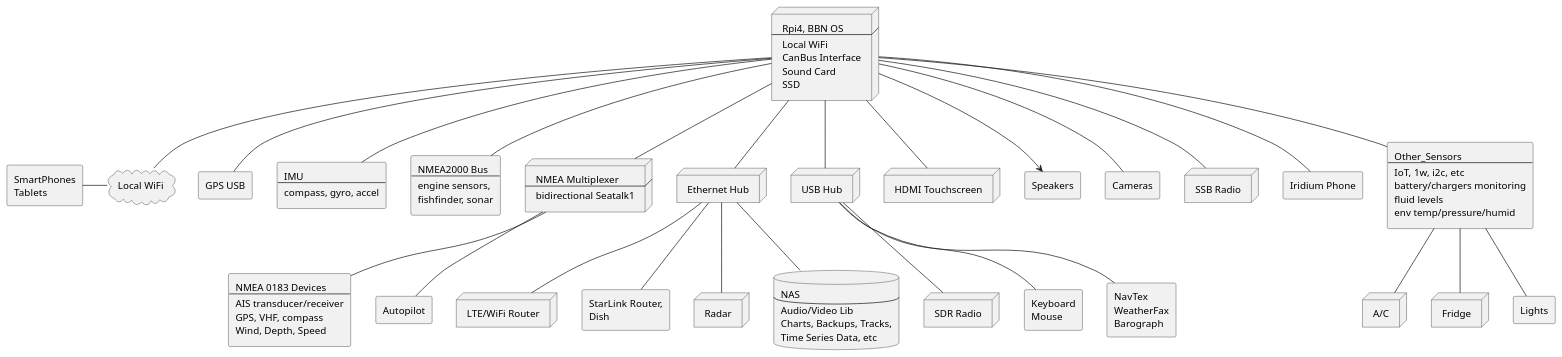
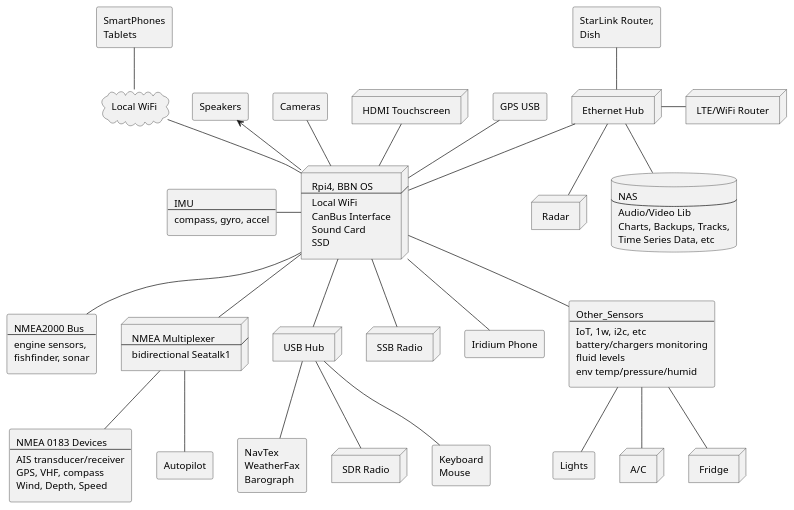
One commit to bareboat-necessities/my-bareboat changed the diagram in docs/plantuml/system-arch.puml. Above: the diagram before and after it, drawn with PlantUML.

```diff
--- a/docs/plantuml/system-arch.puml
+++ b/docs/plantuml/system-arch.puml
@@ -1,173 +1,173 @@
 @startuml
 
 node RPI [
  Rpi4, BBN OS
  ----
  Local WiFi
  CanBus Interface
  Sound Card
  SSD
 ]
 
 rectangle GPS [
  GPS USB
 ]
 
 rectangle IMU [
  IMU
  ----
  compass, gyro, accel
 ]
 
 rectangle NMEA_2000 [
  NMEA2000 Bus
  ----
  engine sensors,
  fishfinder, sonar
 ]
 
 node NMEA_Mux [
  NMEA Multiplexer
  ----
  bidirectional Seatalk1
 ]
 
 rectangle NMEA_0183 [
  NMEA 0183 Devices
  ----
  AIS transducer/receiver
  GPS, VHF, compass
  Wind, Depth, Speed
 ]
 
 rectangle AP [
  Autopilot
 ]
 
 node Eth_Hub [
  Ethernet Hub
 ]
 
 node USB_Hub [
  USB Hub
 ]
 
 node Router [
  LTE/WiFi Router
 ]
 
 rectangle Dish_Router [
  StarLink Router,
  Dish
 ]
 
 node Radar [
  Radar
 ]
 
 node Touchscreen [
  HDMI Touchscreen
 ]
 
 rectangle Speakers [
  Speakers
 ]
 
 rectangle Cameras [
  Cameras
 ]
 
 node SDR [
  SDR Radio
 ]
 
 node SSB [
  SSB Radio
 ]
 
 cloud WiFi_Local [
  Local WiFi
 ]
 
 rectangle Iridium [
  Iridium Phone
 ]
 
 rectangle Other_Sensors [
  Other_Sensors
  ----
  IoT, 1w, i2c, etc
  battery/chargers monitoring
  fluid levels
  env temp/pressure/humid
 ]
 
 node AC [
  A/C
 ]
 
 node Fridge [
  Fridge
 ]
 
 rectangle Lights [
  Lights
 ]
 
 rectangle Keyboard_Mouse [
  Keyboard
  Mouse
 ]
 
 rectangle Weather [
  NavTex
  WeatherFax
  Barograph
 ]
 
 rectangle SmartPhone [
  SmartPhones
  Tablets
 ]
 
 database NAS [
  NAS
  ----
  Audio/Video Lib
  Charts, Backups, Tracks,
  Time Series Data, etc
 ]
 
-RPI -- GPS
-RPI -- IMU
+RPI -u- GPS
+RPI -l- IMU
 RPI -- NMEA_2000
 RPI -- NMEA_Mux
-RPI -- Eth_Hub
+RPI -u- Eth_Hub
 RPI -- USB_Hub
-RPI -- Touchscreen
-RPI -- Cameras
-RPI --> Speakers
+RPI -u- Touchscreen
+RPI -u- Cameras
+RPI -u-> Speakers
 RPI -- SSB
 RPI -- Iridium
 RPI -- Other_Sensors
-RPI -- WiFi_Local
+RPI -u- WiFi_Local
 
-SmartPhone - WiFi_Local
+SmartPhone -- WiFi_Local
 
-Eth_Hub -- Router
+Eth_Hub -r- Router
 Eth_Hub -- Radar
 Eth_Hub -- NAS
-Eth_Hub -- Dish_Router
+Eth_Hub -u- Dish_Router
 
 USB_Hub -- SDR
 USB_Hub -- Weather
 USB_Hub -- Keyboard_Mouse
 
 Other_Sensors -- AC
 Other_Sensors -- Fridge
 Other_Sensors -- Lights
 
 NMEA_Mux -- NMEA_0183
 NMEA_Mux -- AP
 
 @enduml
```
